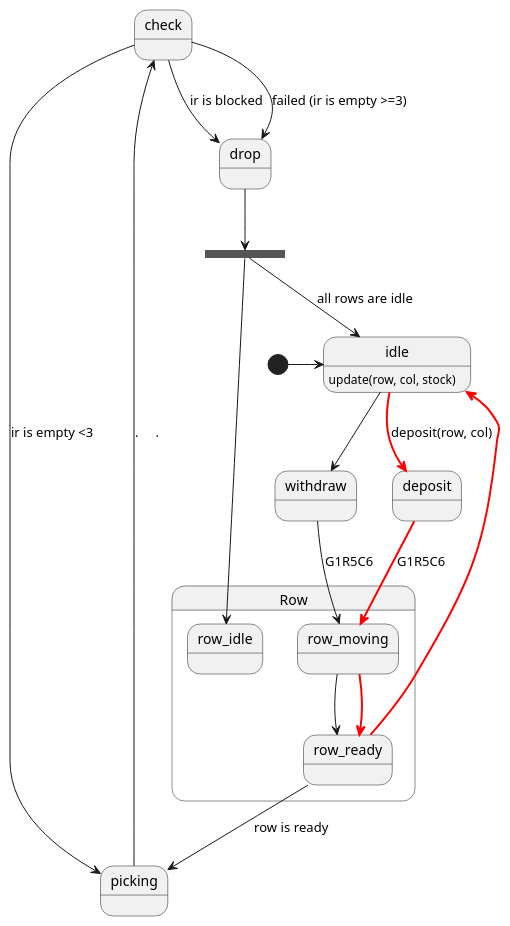
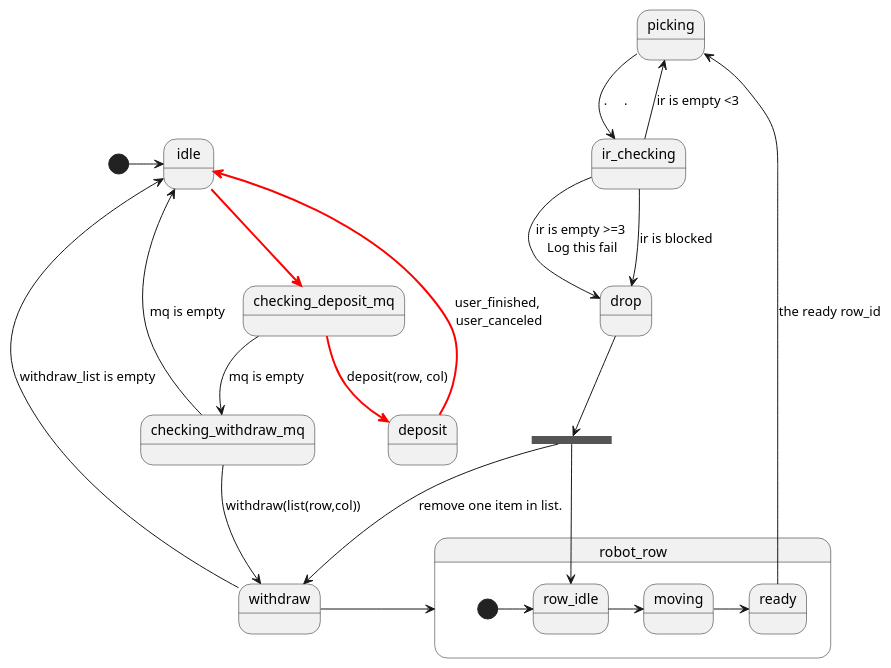
Before and after one commit to voicevon/gobot_front: the diagram in apps/twh2/docs/uml_robot_statemachine.puml, drawn with PlantUML. The commit also changed 11 other files, not shown here.

```diff
--- a/apps/twh2/docs/uml_robot_statemachine.puml
+++ b/apps/twh2/docs/uml_robot_statemachine.puml
@@ -1,33 +1,51 @@
 @startuml
 [*] -> idle
-state Row {
-  state row_idle {
-  }
-  state row_moving {
-  }
-  state row_ready {
-  }
+' state Row {
+'   state row_idle {
+'   }
+'   state row_moving {
+'   }
+'   state row_ready {
+'   }
+' }
+
+
+' row_moving -[#red,bold]-> row_ready
+idle-[#red,bold]-> checking_deposit_mq
+checking_deposit_mq -[#red,bold]-> deposit: deposit(row, col)
+' deposit -[#red,bold]-> row_moving: G1R5C6
+deposit -[#red,bold]-> idle: user_finished, \nuser_canceled
+
+
+checking_deposit_mq --> checking_withdraw_mq: mq is empty
+
+
+
+
+checking_withdraw_mq --> idle: mq is empty
+checking_withdraw_mq --> withdraw: withdraw(list(row,col))
+withdraw --> robot_row
+state robot_row {
+  [*] -> row_idle 
+  row_idle ->moving
+  moving -> ready
+'   row_x_is_ready --> row_x_is_idle
+
 }
 
-state drop_end <<fork>>
-row_moving --> row_ready
-row_moving -[#red,bold]-> row_ready
-
-idle -[#red,bold]-> deposit: deposit(row, col)
-deposit -[#red,bold]-> row_moving: G1R5C6
-row_ready -[#red,bold]-> idle
-idle: update(row, col, stock)
-idle --> withdraw 
-withdraw --> row_moving: G1R5C6
-
-row_ready --> picking: row is ready
-picking -> check: .     .
-check --> picking: ir is empty <3
-check --> drop: ir is blocked
-check --> drop: failed (ir is empty >=3)
-drop --> drop_end
-drop_end --> row_idle
-drop_end --> idle: all rows are idle
+ready -->picking: the ready row_id
+picking -> ir_checking: .     .
+ir_checking --> picking: ir is empty <3
+ir_checking --> drop: ir is blocked
+ir_checking --> drop: ir is empty >=3 \nLog this fail
+state drop_folk <<fork>>
+drop --> drop_folk
+drop_folk --> withdraw: remove one item in list.
+drop_folk --> row_idle
+withdraw --> idle: withdraw_list is empty
+' drop --> drop_end
+' drop_end --> row_idle
+' drop_end --> idle: all rows are idle
 
 
 @enduml
```
